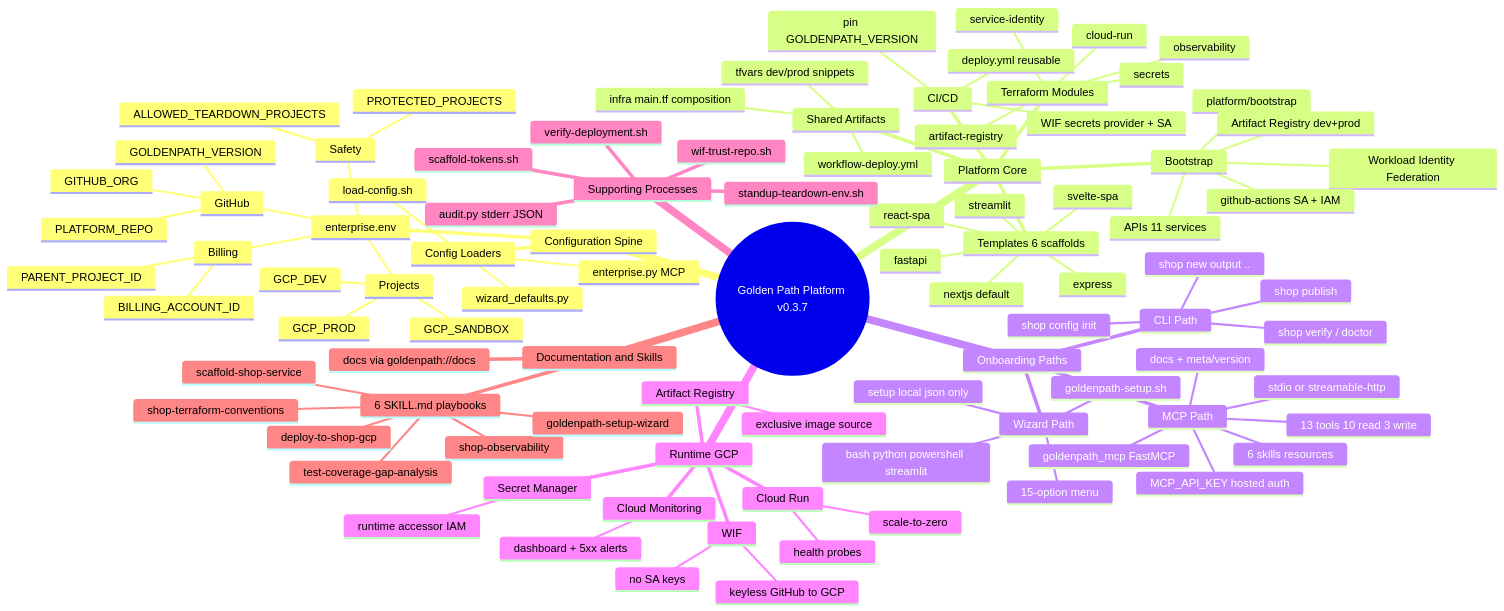
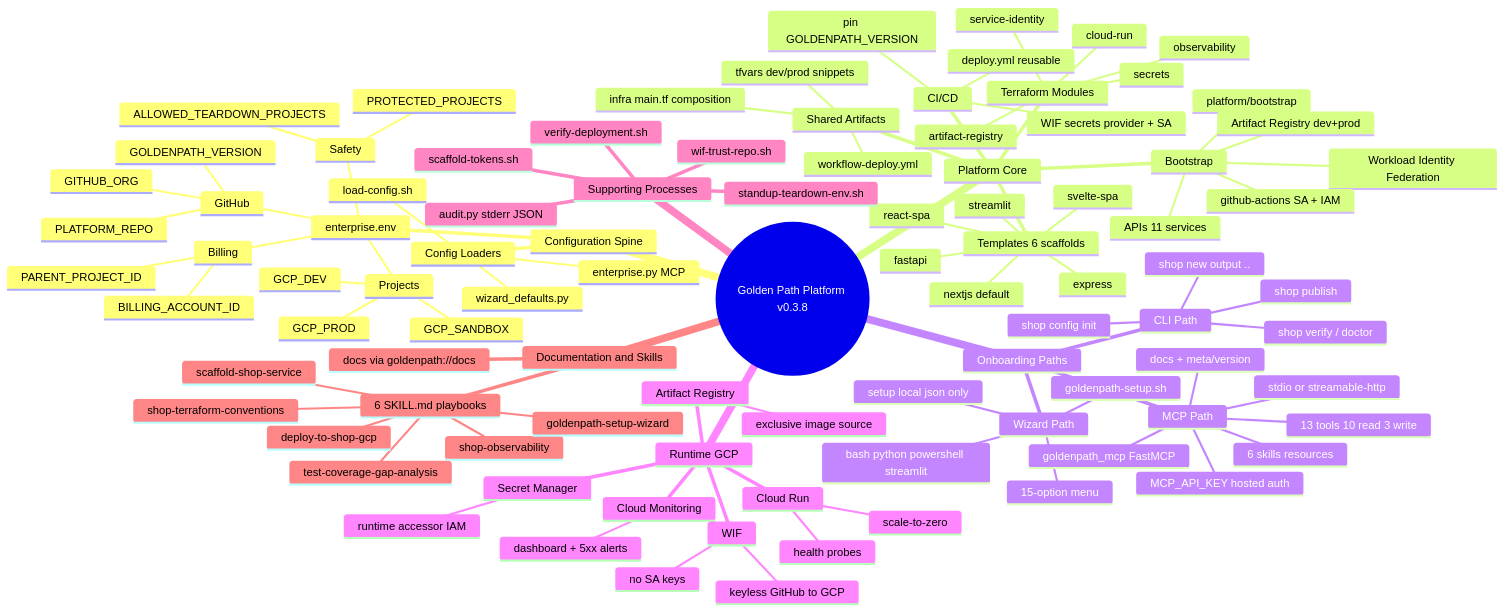
Before and after one commit to jonathannevarez-sc/goldenpath: the first of 2 diagrams in docs/executive-briefing/present/golden-path-platform-mindmap.md, drawn with Mermaid. The commit also changed other lines of this file and 44 other files, not shown here.

````diff
--- a/docs/executive-briefing/present/golden-path-platform-mindmap.md
+++ b/docs/executive-briefing/present/golden-path-platform-mindmap.md
@@ -11,6 +11,6 @@
 ```mermaid
 mindmap
-  root((Golden Path Platform v0.3.7))
+  root((Golden Path Platform v0.3.8))
     Configuration Spine
       enterprise.env
         Billing
````
